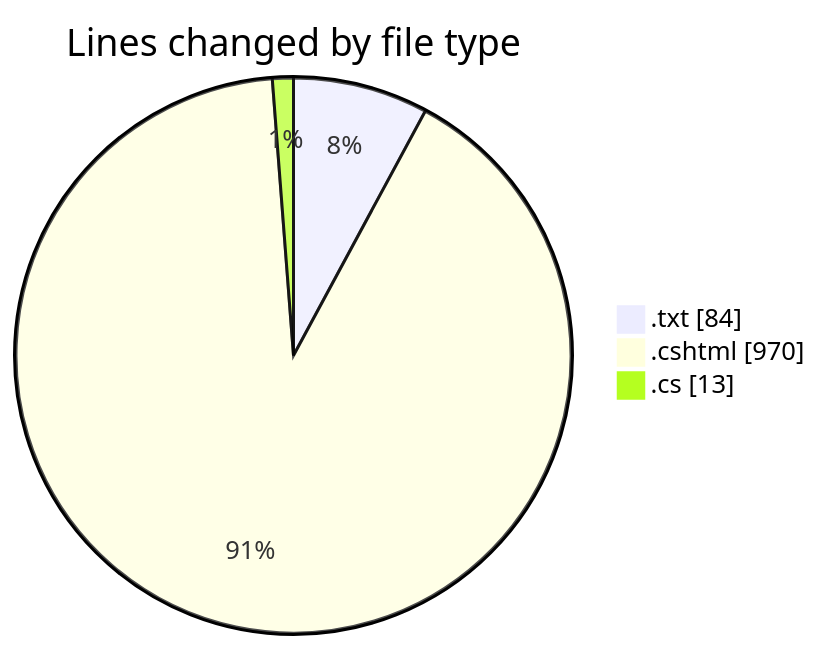
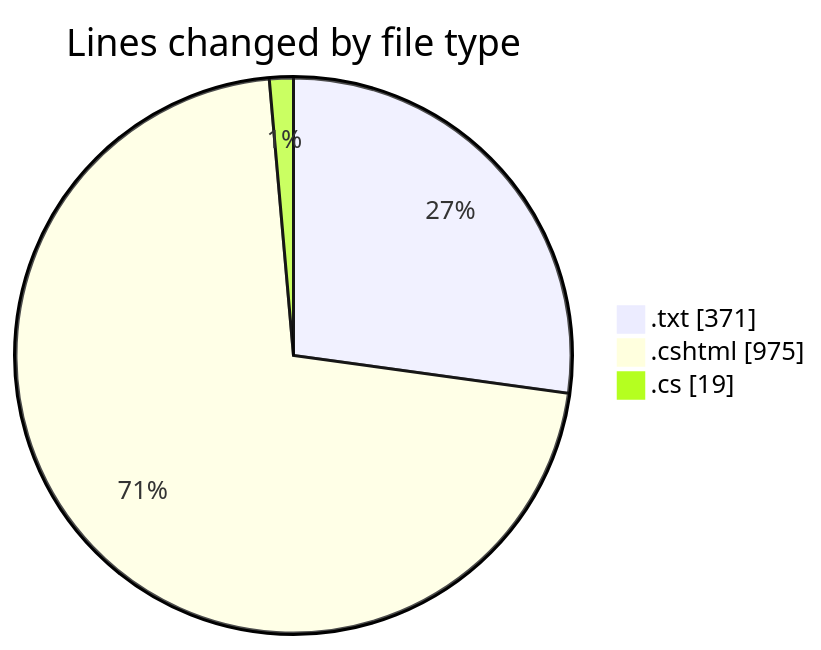
One commit to lephambinh05/code-tracking changed the first of 2 diagrams in 2025-07-25/quanlyrapchieuphim-1/README.md. Above: the diagram before and after it, drawn with Mermaid. The commit also changed other lines of this file and 1 other file, not shown here.

````diff
--- a/2025-07-25/quanlyrapchieuphim-1/README.md
+++ b/2025-07-25/quanlyrapchieuphim-1/README.md
@@ -23,7 +23,7 @@
 ```mermaid
 pie showData
 title Lines changed by file type
-".txt" : 84
-".cshtml" : 970
-".cs" : 13
+".txt" : 371
+".cshtml" : 975
+".cs" : 19
 ```
````
